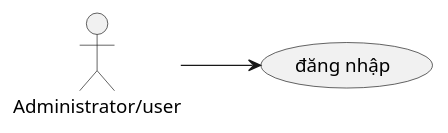
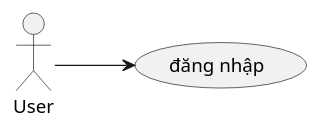
The diagram in docs/use-cases/01_dang_nhap.md (docuong039/worksphere), drawn with PlantUML before and after one commit. The commit also changed other lines of this file and 26 other files, not shown here.

Commit message:
update diagram

````diff
--- a/docs/use-cases/01_dang_nhap.md
+++ b/docs/use-cases/01_dang_nhap.md
@@ -5,11 +5,11 @@
 ```plantuml
 @startuml
 left to right direction
-actor "Administrator/user" as User
+actor "User" as User
 
 usecase "đăng nhập" as UC_Login
 
 User --> UC_Login
 
 @enduml
 ```
````
